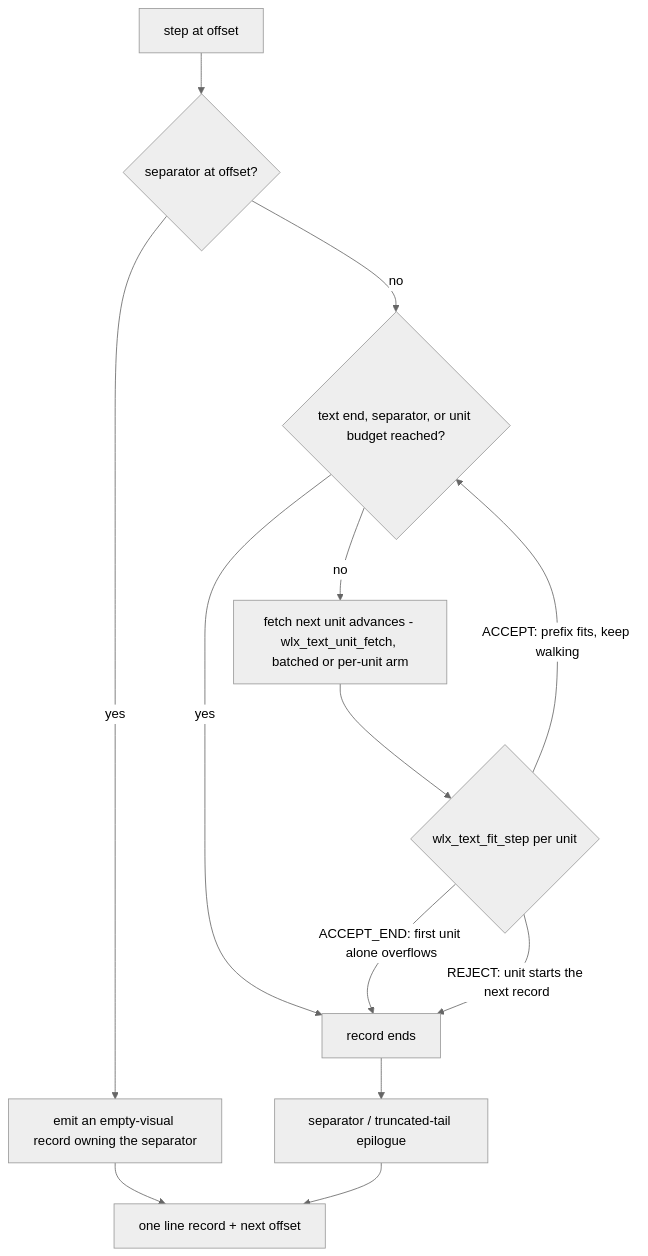
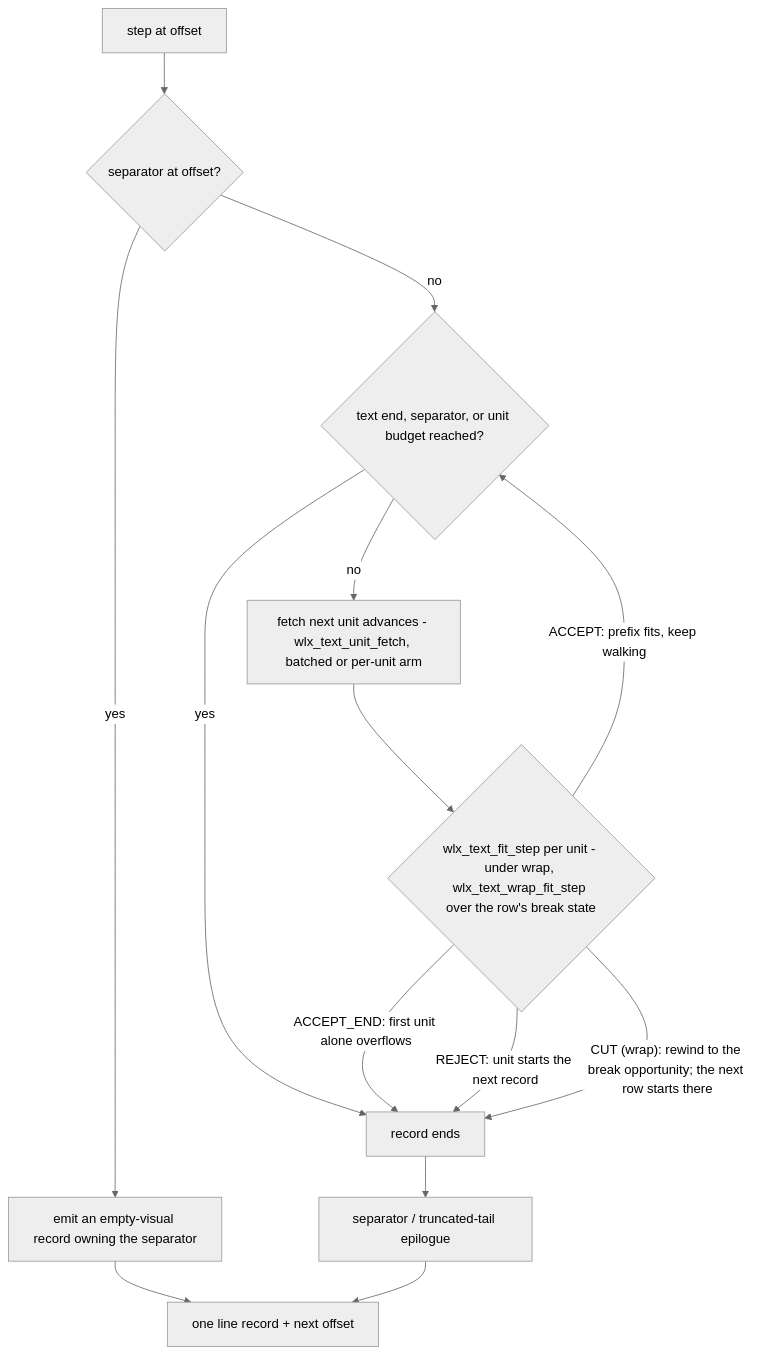
Before and after one commit to dberzins/wollix: the second of 4 diagrams in docs/LINE_RUN_MODEL.md, drawn with Mermaid (neutral theme). The commit also changed other lines of this file and 169 other files, not shown here.

````diff
--- a/docs/LINE_RUN_MODEL.md
+++ b/docs/LINE_RUN_MODEL.md
@@ -203,15 +234,16 @@
 ```mermaid
 flowchart TD
     enter["step at offset"] --> nl{"separator at offset?"}
     nl -- "yes" --> empty["emit an empty-visual record owning the separator"]
     nl -- "no" --> stop{"text end, separator, or unit budget reached?"}
     stop -- "yes" --> done["record ends"]
     stop -- "no" --> fetch["fetch next unit advances - wlx_text_unit_fetch, batched or per-unit arm"]
-    fetch --> fit{"wlx_text_fit_step per unit"}
+    fetch --> fit{"wlx_text_fit_step per unit - under wrap, wlx_text_wrap_fit_step over the row's break state"}
     fit -- "ACCEPT: prefix fits, keep walking" --> stop
     fit -- "ACCEPT_END: first unit alone overflows" --> done
     fit -- "REJECT: unit starts the next record" --> done
+    fit -- "CUT (wrap): rewind to the break opportunity; the next row starts there" --> done
     done --> tail["separator / truncated-tail epilogue"]
     empty --> next["one line record + next offset"]
     tail --> next
 ```
````
